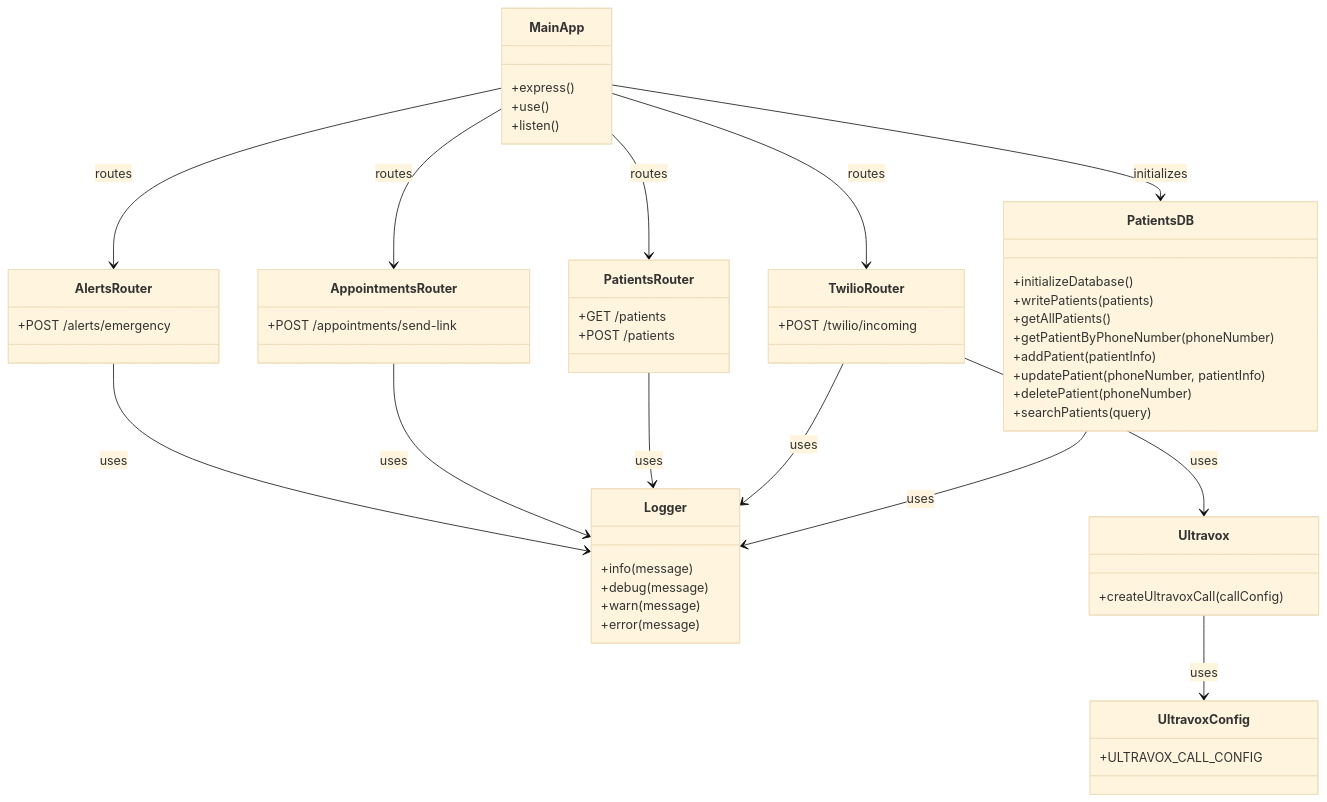
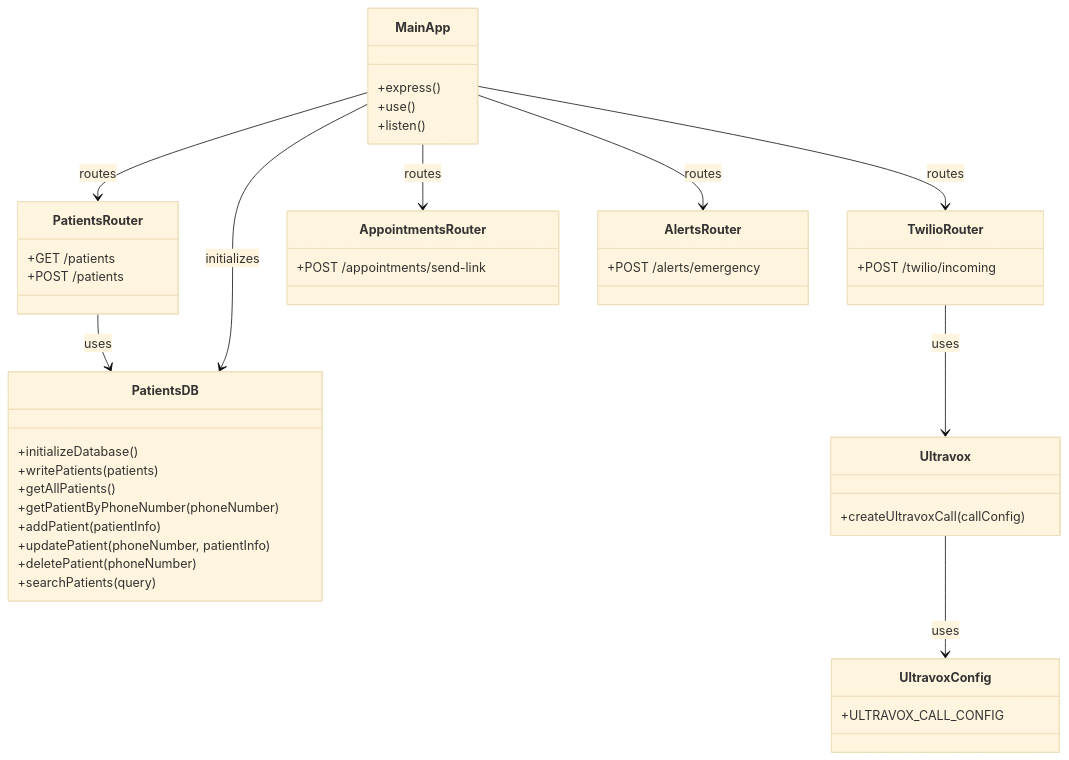
Before and after one commit to proyash-saha/dental-clinic-ai-receptionist: the diagram in README.md, drawn with Mermaid (base theme). The commit also changed other lines of this file, not shown here.

````diff
--- a/README.md
+++ b/README.md
@@ -101,64 +101,53 @@
 ```mermaid
 classDiagram
     class PatientsDB {
         +initializeDatabase()
         +writePatients(patients)
         +getAllPatients()
         +getPatientByPhoneNumber(phoneNumber)
         +addPatient(patientInfo)
         +updatePatient(phoneNumber, patientInfo)
         +deletePatient(phoneNumber)
         +searchPatients(query)
-    }
-
-    class Logger {
-        +info(message)
-        +debug(message)
-        +warn(message)
-        +error(message)
     }
 
     class TwilioRouter {
         +POST /twilio/incoming
     }
 
     class PatientsRouter {
         +GET /patients
         +POST /patients
     }
 
     class AppointmentsRouter {
         +POST /appointments/send-link
     }
 
     class AlertsRouter {
         +POST /alerts/emergency
     }
 
     class Ultravox {
         +createUltravoxCall(callConfig)
     }
 
     class UltravoxConfig {
         +ULTRAVOX_CALL_CONFIG
     }
 
     class MainApp {
         +express()
         +use()
         +listen()
     }
 
-    PatientsDB --> Logger : uses
-    TwilioRouter --> Logger : uses
-    PatientsRouter --> Logger : uses
-    AppointmentsRouter --> Logger : uses
-    AlertsRouter --> Logger : uses
+    PatientsRouter --> PatientsDB : uses
     TwilioRouter --> Ultravox : uses
     Ultravox --> UltravoxConfig : uses
     MainApp --> PatientsDB : initializes
     MainApp --> TwilioRouter : routes
     MainApp --> PatientsRouter : routes
     MainApp --> AppointmentsRouter : routes
     MainApp --> AlertsRouter : routes
 ```
````
